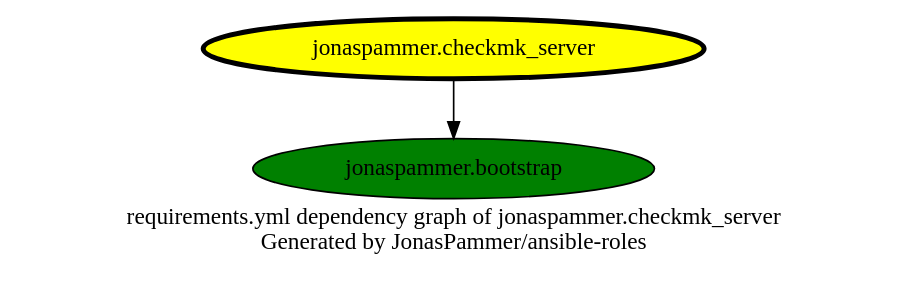
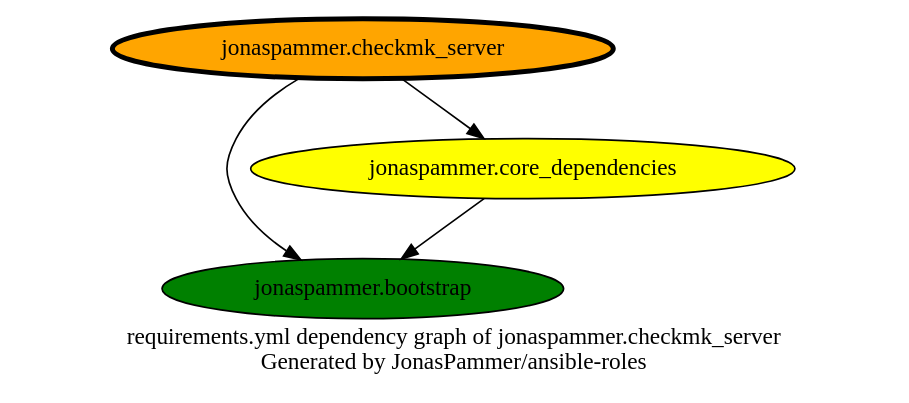
The diagram in graphs/dependencies_checkmk_server.dot (JonasPammer/ansible-roles), drawn with Graphviz before and after one commit. The commit also changed 5 other files, not shown here.

```diff
--- a/graphs/dependencies_checkmk_server.dot
+++ b/graphs/dependencies_checkmk_server.dot
@@ -1,12 +1,14 @@
 digraph hierarchy {
   label = "requirements.yml dependency graph of jonaspammer.checkmk_server \n Generated by JonasPammer/ansible-roles" ;
   overlap=false
 
   {
-    "jonaspammer.checkmk_server" [fillcolor=yellow style=filled penwidth=3]
+    "jonaspammer.checkmk_server" [fillcolor=orange style=filled penwidth=3]
     "jonaspammer.bootstrap" [fillcolor=green style=filled ]
+    "jonaspammer.core_dependencies" [fillcolor=yellow style=filled ]
   }
 
 
-  "jonaspammer.checkmk_server" -> {"jonaspammer.bootstrap"}
+  "jonaspammer.checkmk_server" -> {"jonaspammer.bootstrap" "jonaspammer.core_dependencies"}
+  "jonaspammer.core_dependencies" -> {"jonaspammer.bootstrap"}
 }
```
